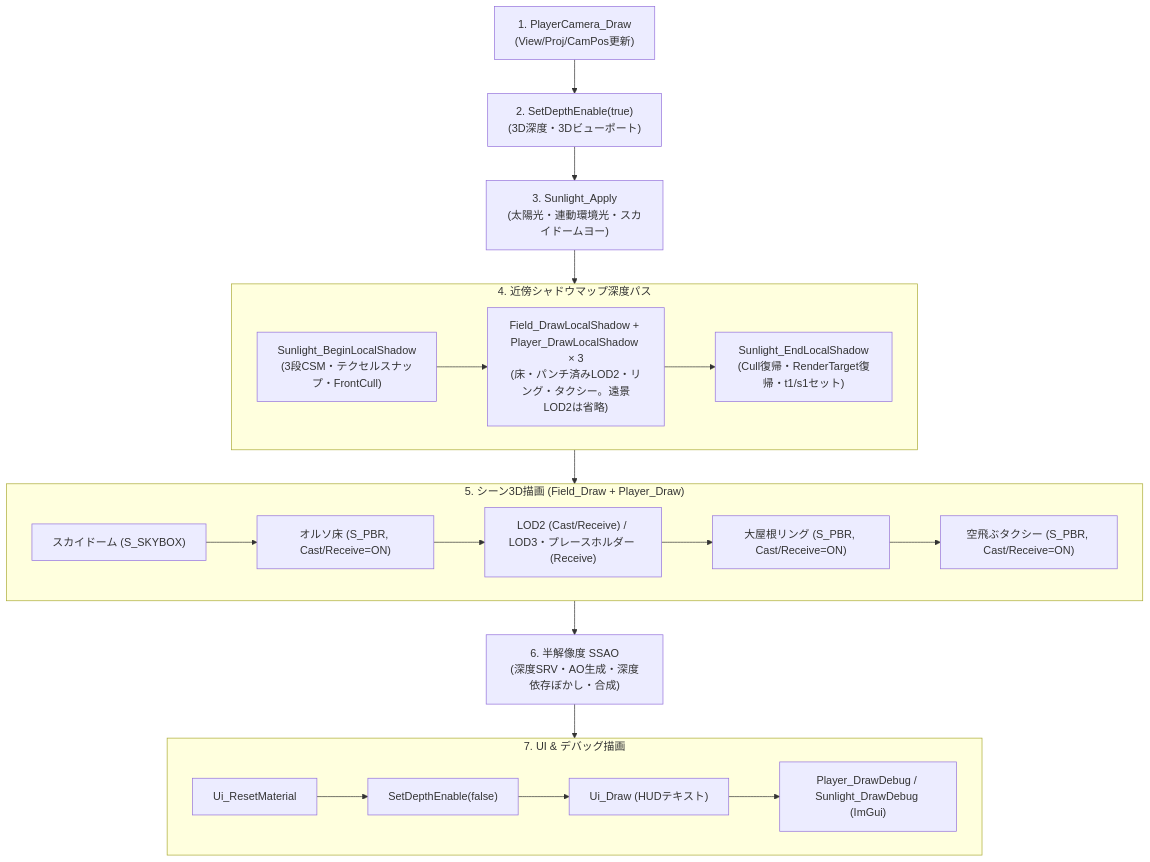
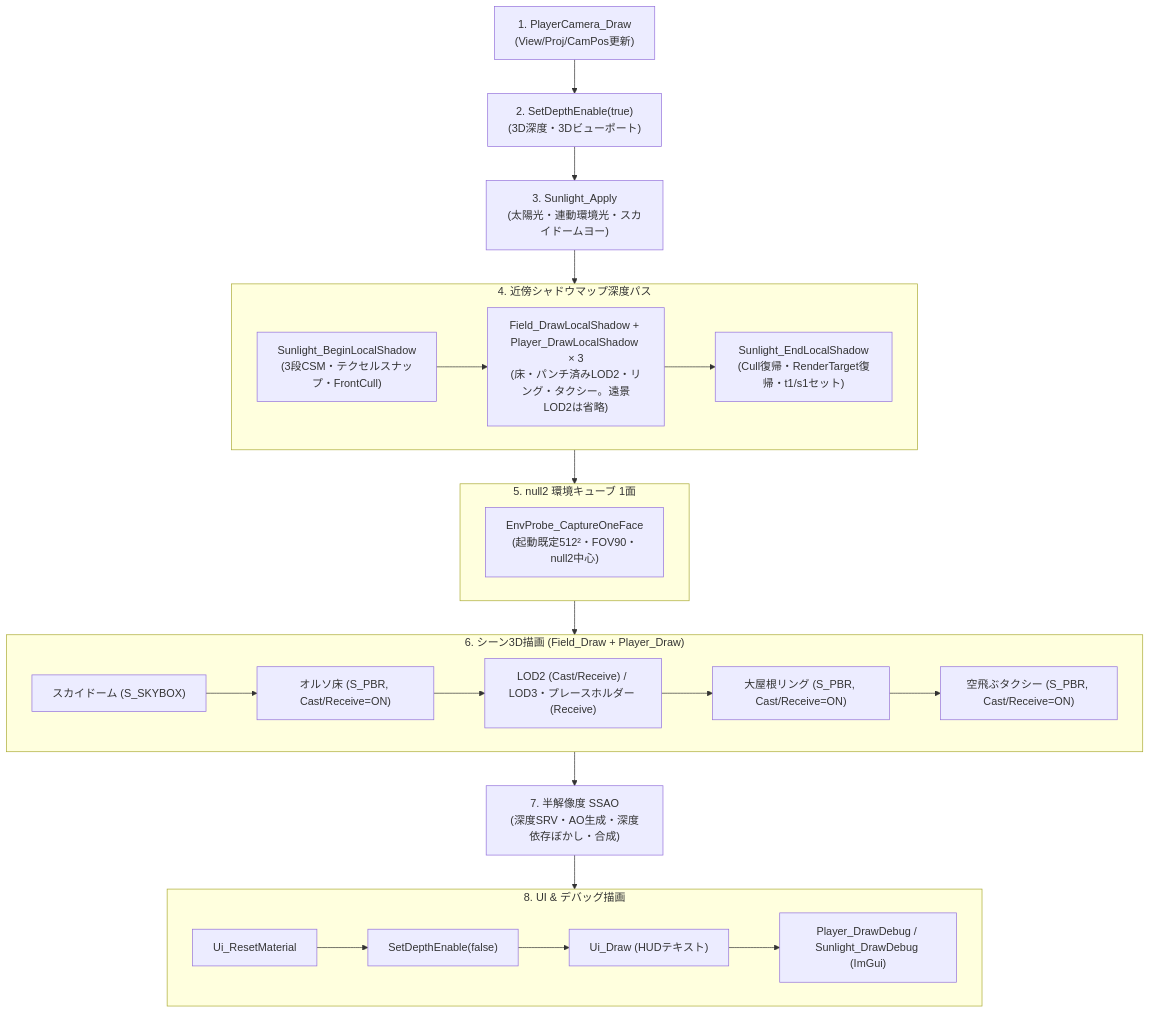
Before and after one commit to realryo1/E_X_P_O: the first of 2 diagrams in document_game/rendering_and_lighting.md, drawn with Mermaid. The commit also changed other lines of this file and 36 other files, not shown here.

````diff
--- a/document_game/rendering_and_lighting.md
+++ b/document_game/rendering_and_lighting.md
@@ -15,30 +15,33 @@
 ```mermaid
 flowchart TD
   cameraDraw["1. PlayerCamera_Draw<br>(View/Proj/CamPos更新)"]
   depthEnable["2. SetDepthEnable(true)<br>(3D深度・3Dビューポート)"]
   sunlightApply["3. Sunlight_Apply<br>(太陽光・連動環境光・スカイドームヨー)"]
   subgraph shadowPass ["4. 近傍シャドウマップ深度パス"]
     shadowBegin["Sunlight_BeginLocalShadow<br>(3段CSM・テクセルスナップ・FrontCull)"]
     shadowDraw["Field_DrawLocalShadow + Player_DrawLocalShadow × 3<br>(床・パンチ済みLOD2・リング・タクシー。遠景LOD2は省略)"]
     shadowEnd["Sunlight_EndLocalShadow<br>(Cull復帰・RenderTarget復帰・t1/s1セット)"]
     shadowBegin --> shadowDraw --> shadowEnd
   end
-  subgraph mainPass ["5. シーン3D描画 (Field_Draw + Player_Draw)"]
+  subgraph probePass ["5. null2 環境キューブ 1面"]
+    probeCapture["EnvProbe_CaptureOneFace<br>(起動既定512²・FOV90・null2中心)"]
+  end
+  subgraph mainPass ["6. シーン3D描画 (Field_Draw + Player_Draw)"]
     skyboxDraw["スカイドーム (S_SKYBOX)"]
     floorDraw["オルソ床 (S_PBR, Cast/Receive=ON)"]
     tileDraw["LOD2 (Cast/Receive) / LOD3・プレースホルダー (Receive)"]
     ringDraw["大屋根リング (S_PBR, Cast/Receive=ON)"]
     taxiDraw["空飛ぶタクシー (S_PBR, Cast/Receive=ON)"]
     skyboxDraw --> floorDraw --> tileDraw --> ringDraw --> taxiDraw
   end
-  ssaoPass["6. 半解像度 SSAO<br>(深度SRV・AO生成・深度依存ぼかし・合成)"]
-  subgraph uiPass ["7. UI & デバッグ描画"]
+  ssaoPass["7. 半解像度 SSAO<br>(深度SRV・AO生成・深度依存ぼかし・合成)"]
+  subgraph uiPass ["8. UI & デバッグ描画"]
     uiReset["Ui_ResetMaterial"]
     depthDisable["SetDepthEnable(false)"]
     uiDraw["Ui_Draw (HUDテキスト)"]
     debugDraw["Player_DrawDebug / Sunlight_DrawDebug (ImGui)"]
     uiReset --> depthDisable --> uiDraw --> debugDraw
   end
 
-  cameraDraw --> depthEnable --> sunlightApply --> shadowPass --> mainPass --> ssaoPass --> uiPass
+  cameraDraw --> depthEnable --> sunlightApply --> shadowPass --> probePass --> mainPass --> ssaoPass --> uiPass
 ```
````
